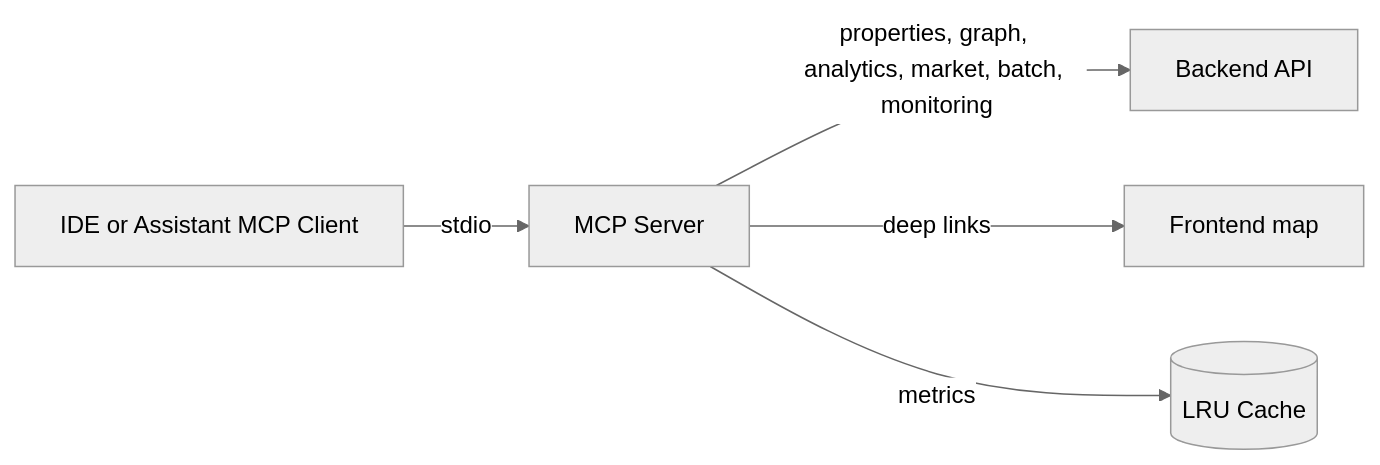
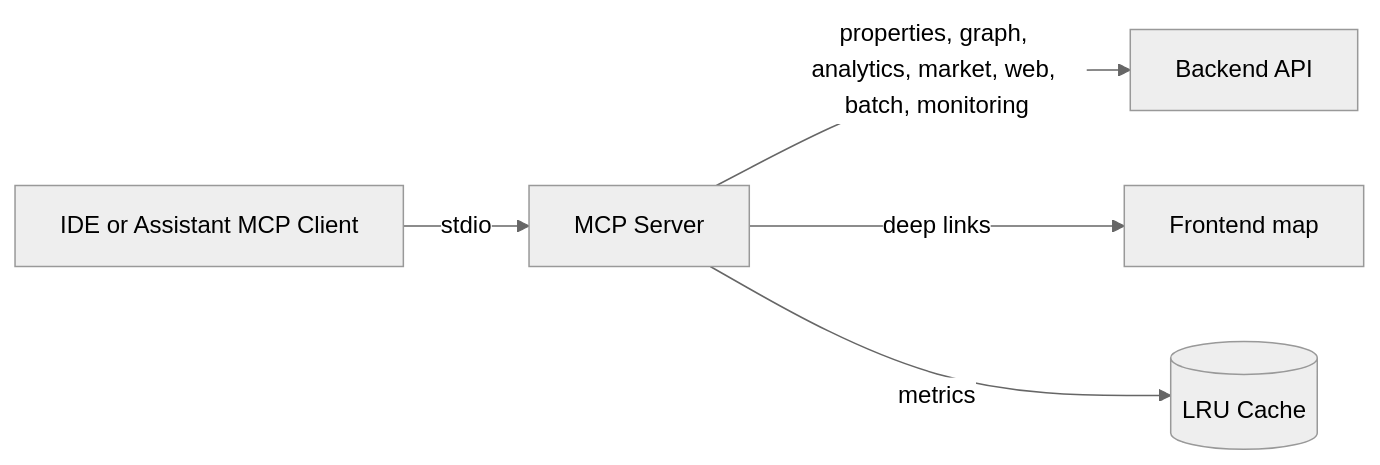
One commit to hoangsonww/EstateWise-Chapel-Hill-Chatbot changed the fourth of 11 diagrams in README.md. Above: the diagram before and after it, drawn with Mermaid (neutral theme). The commit also changed other lines of this file and 17 other files, not shown here.

````diff
--- a/README.md
+++ b/README.md
@@ -1204,7 +1207,7 @@
 ```mermaid
 flowchart LR
   Client[IDE or Assistant MCP Client] -- stdio --> Server[MCP Server]
-  Server -->|properties, graph, analytics, market, batch, monitoring| API[Backend API]
+  Server -->|properties, graph, analytics, market, web, batch, monitoring| API[Backend API]
   Server -->|deep links| Frontend[Frontend map]
   Server -->|metrics| Cache[(LRU Cache)]
 ```
````
